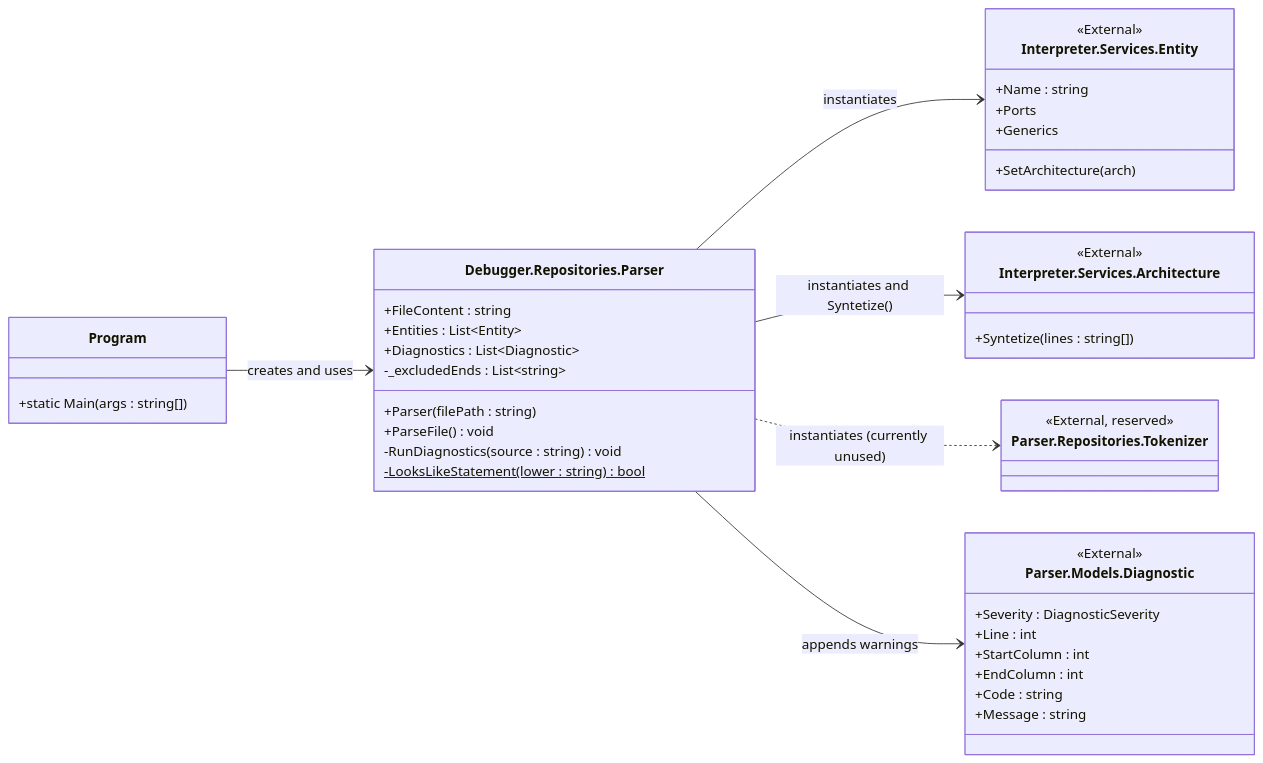
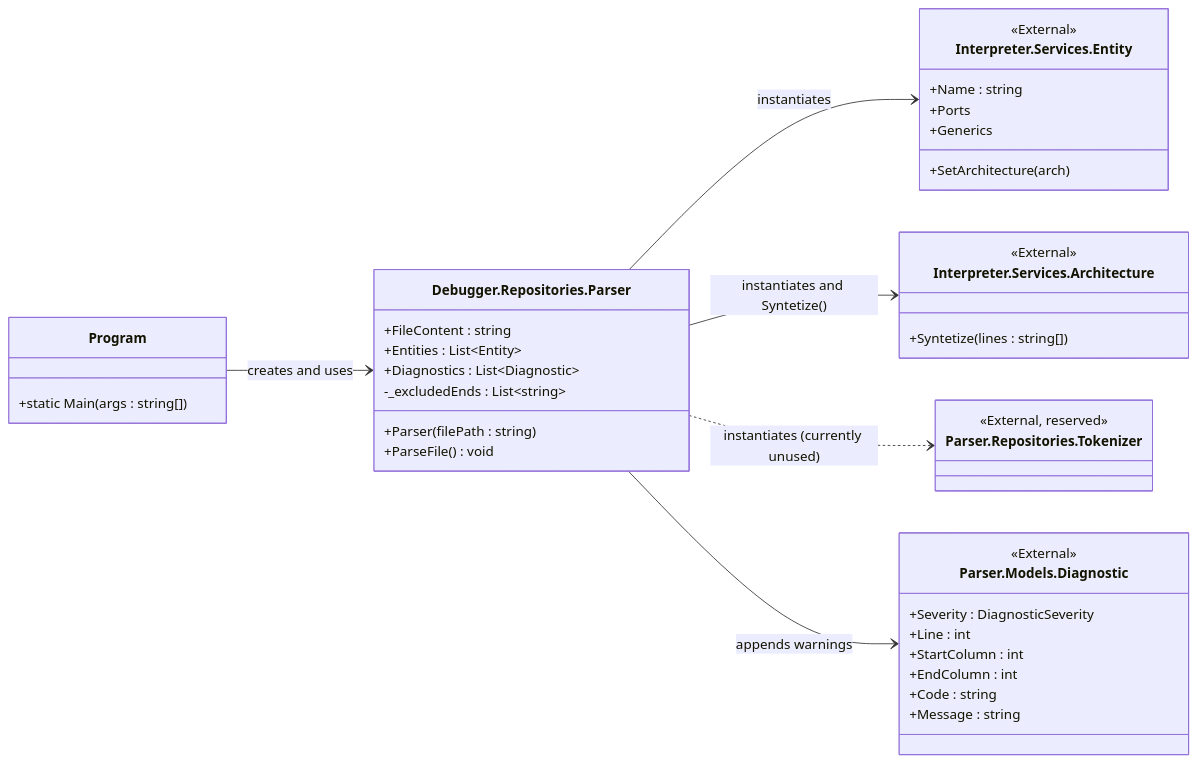
One commit to Kmila9s/Debugger changed the second of 6 diagrams in README.md. Above: the diagram before and after it, drawn with Mermaid. The commit also changed other lines of this file and 7 other files, not shown here.

````diff
--- a/README.md
+++ b/README.md
@@ -148,52 +150,50 @@
 ```mermaid
 classDiagram
     direction LR
 
     class Program {
         +static Main(args : string[])
     }
 
     class DbgParser["Debugger.Repositories.Parser"] {
         +FileContent : string
         +Entities : List~Entity~
         +Diagnostics : List~Diagnostic~
         -_excludedEnds : List~string~
         +Parser(filePath : string)
         +ParseFile() void
-        -RunDiagnostics(source : string) void
-        -LooksLikeStatement(lower : string)$ bool
     }
 
     class IntEntity["Interpreter.Services.Entity"] {
         <<External>>
         +Name : string
         +Ports
         +Generics
         +SetArchitecture(arch)
     }
 
     class IntArch["Interpreter.Services.Architecture"] {
         <<External>>
         +Syntetize(lines : string[])
     }
 
     class Tok["Parser.Repositories.Tokenizer"] {
         <<External, reserved>>
     }
 
     class Diag["Parser.Models.Diagnostic"] {
         <<External>>
         +Severity : DiagnosticSeverity
         +Line : int
         +StartColumn : int
         +EndColumn : int
         +Code : string
         +Message : string
     }
 
     Program --> DbgParser : creates and uses
     DbgParser --> IntEntity : instantiates
     DbgParser --> IntArch : instantiates and Syntetize()
     DbgParser ..> Tok : instantiates (currently unused)
     DbgParser --> Diag : appends warnings
 ```
````
